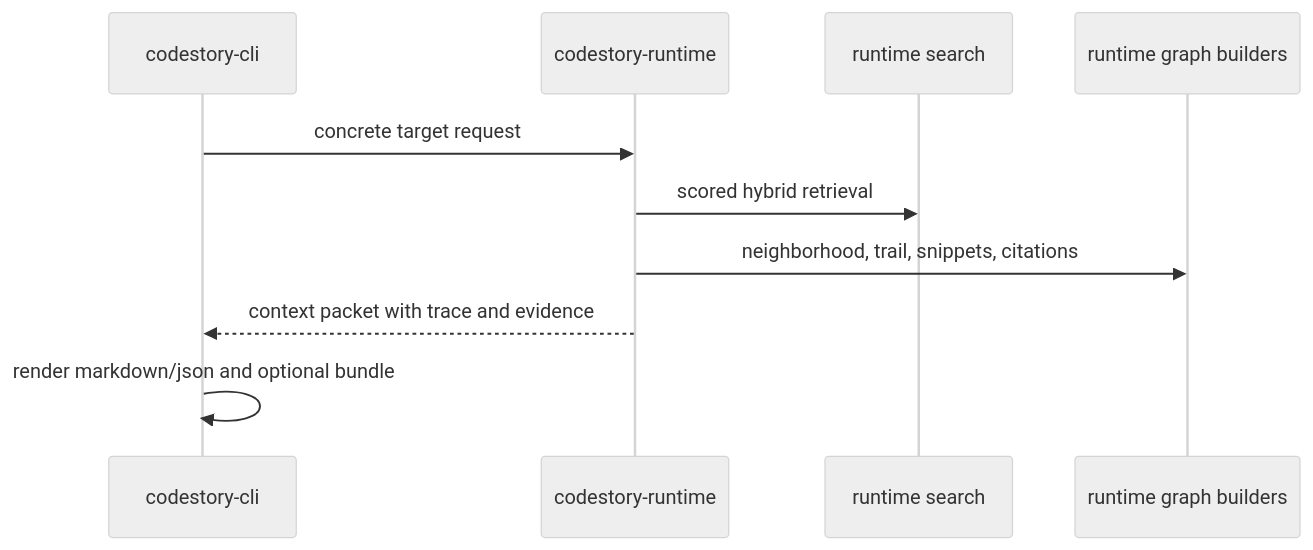
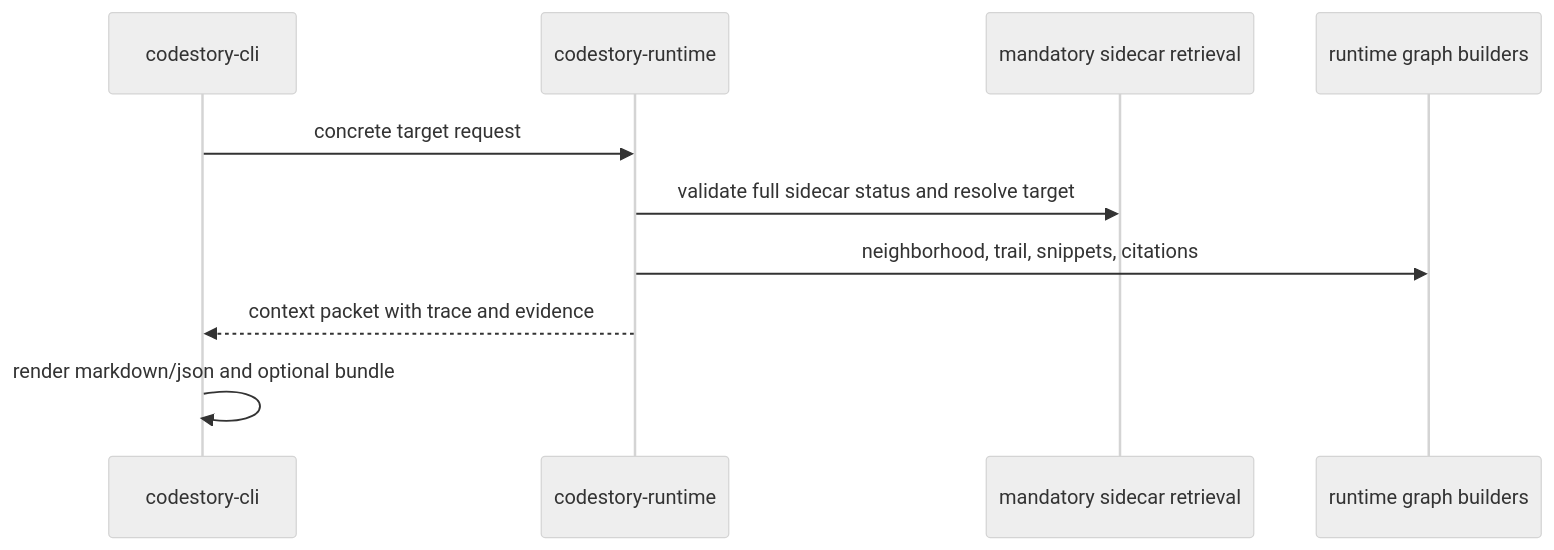
The third of 4 diagrams in docs/architecture/runtime-execution-path.md (TheGreenCedar/CodeStory), drawn with Mermaid (neutral theme) before and after one commit. The commit also changed other lines of this file and 36 other files, not shown here.

Commit message:
document retrieval sidecar rollout

````diff
--- a/docs/architecture/runtime-execution-path.md
+++ b/docs/architecture/runtime-execution-path.md
@@ -71,13 +77,13 @@
 ```mermaid
 sequenceDiagram
     participant CLI as codestory-cli
     participant Runtime as codestory-runtime
-    participant Search as runtime search
+    participant Retrieval as mandatory sidecar retrieval
     participant Graph as runtime graph builders
 
     CLI->>Runtime: concrete target request
-    Runtime->>Search: scored hybrid retrieval
+    Runtime->>Retrieval: validate full sidecar status and resolve target
     Runtime->>Graph: neighborhood, trail, snippets, citations
     Runtime-->>CLI: context packet with trace and evidence
     CLI->>CLI: render markdown/json and optional bundle
 ```
````
